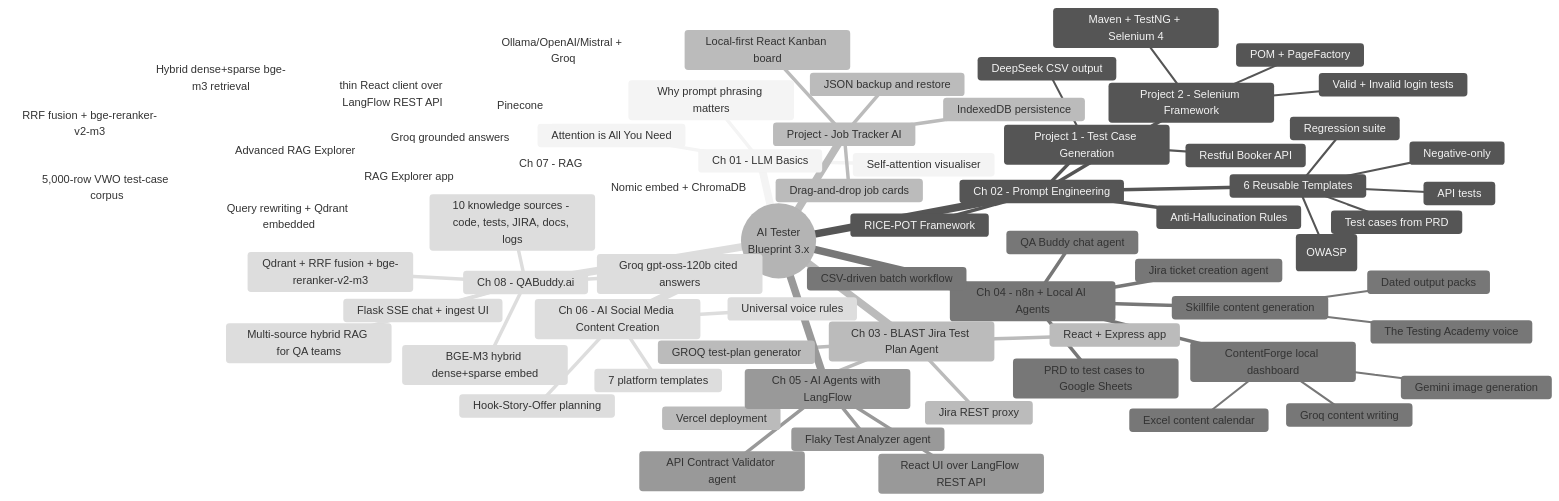
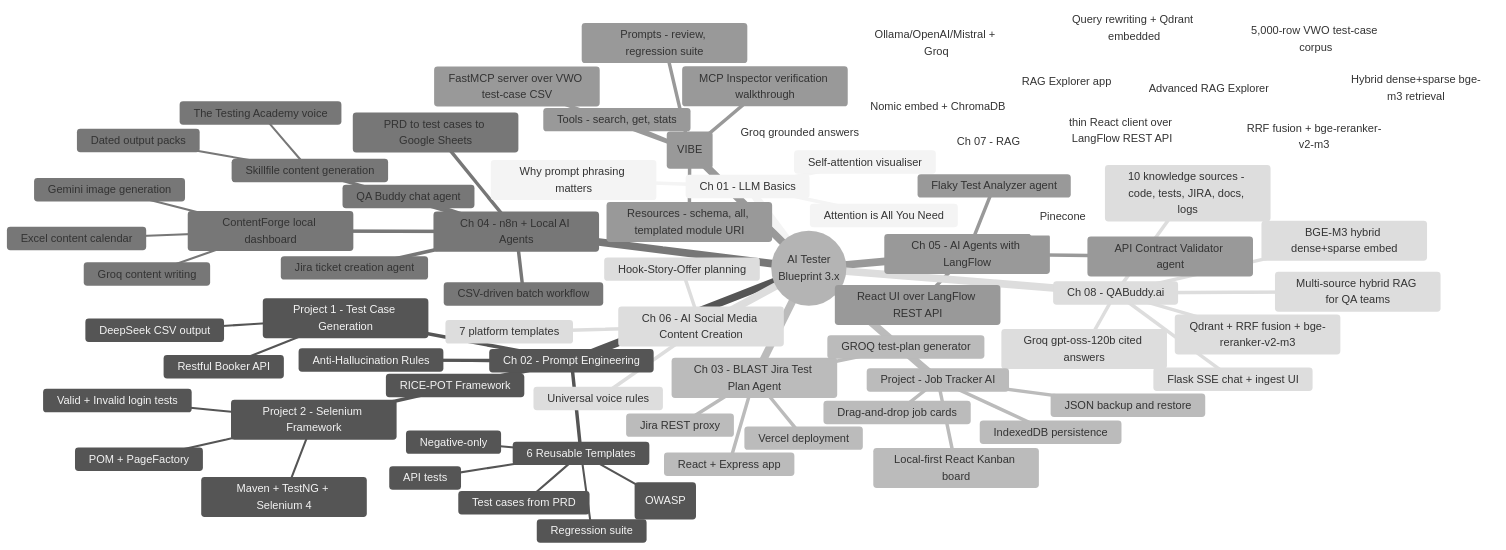
One commit to SathishQASelenium/AI3xBatch changed the first of 5 diagrams in README.md. Above: the diagram before and after it, drawn with Mermaid (neutral theme). The commit also changed other lines of this file and 18 other files, not shown here.

First line of the commit message:
Add chapter 10 MCP creation (VIBE): FastMCP test-case server + Inspector walkthrough

````diff
--- a/README.md
+++ b/README.md
@@ -14,73 +14,79 @@
 ```mermaid
 mindmap
   root((AI Tester<br/>Blueprint 3.x))
     Ch 01 - LLM Basics
       Attention is All You Need
       Self-attention visualiser
       Why prompt phrasing matters
     Ch 02 - Prompt Engineering
       Anti-Hallucination Rules
       RICE-POT Framework
       Project 1 - Test Case Generation
         Restful Booker API
         DeepSeek CSV output
       Project 2 - Selenium Framework
         Maven + TestNG + Selenium 4
         POM + PageFactory
         Valid + Invalid login tests
       6 Reusable Templates
         Test cases from PRD
         API tests
         Negative-only
         Security (OWASP)
         Regression suite
     Ch 03 - BLAST Jira Test Plan Agent
       React + Express app
       Jira REST proxy
       GROQ test-plan generator
       Vercel deployment
     Ch 04 - n8n + Local AI Agents
       QA Buddy chat agent
       Jira ticket creation agent
       PRD to test cases to Google Sheets
       CSV-driven batch workflow
       ContentForge local dashboard
         Groq content writing
         Gemini image generation
         Excel content calendar
       Skillfile content generation
         The Testing Academy voice
         Dated output packs
     Ch 05 - AI Agents with LangFlow
       Flaky Test Analyzer agent
       API Contract Validator agent
       React UI over LangFlow REST API
     Ch 06 - AI Social Media Content Creation
       Hook-Story-Offer planning
       7 platform templates
       Universal voice rules
     Ch 07 - RAG
       RAG Explorer app
       Nomic embed + ChromaDB
       Groq grounded answers
       n8n no-code variant (Pinecone)
       LangFlow no-code variant (Ollama/OpenAI/Mistral + Groq)
       LangFlow RAG Explorer chat UI (thin React client over LangFlow REST API)
       Advanced RAG Explorer
         Hybrid dense+sparse bge-m3 retrieval
         RRF fusion + bge-reranker-v2-m3
         Query rewriting + Qdrant embedded
         5,000-row VWO test-case corpus
     Ch 08 - QABuddy.ai
       Multi-source hybrid RAG for QA teams
       10 knowledge sources - code, tests, JIRA, docs, logs
       BGE-M3 hybrid dense+sparse embed
       Qdrant + RRF fusion + bge-reranker-v2-m3
       Flask SSE chat + ingest UI
       Groq gpt-oss-120b cited answers
     Project - Job Tracker AI
       Local-first React Kanban board
       IndexedDB persistence
       Drag-and-drop job cards
       JSON backup and restore
+    Ch 10 - MCP Creation (VIBE)
+      FastMCP server over VWO test-case CSV
+      Tools - search, get, stats
+      Resources - schema, all, templated module URI
+      Prompts - review, regression suite
+      MCP Inspector verification walkthrough
 ```
````
